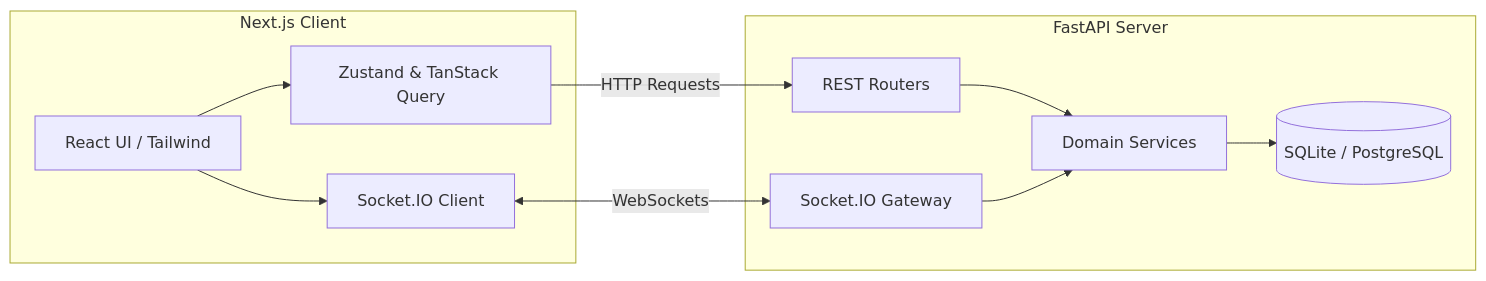
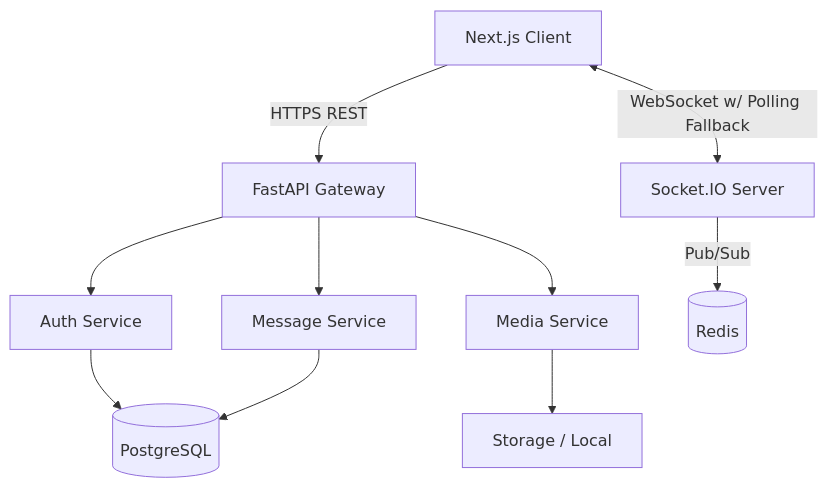
One commit to kritika038/signal-clone changed the first of 2 diagrams in README.md. Above: the diagram before and after it, drawn with Mermaid. The commit also changed other lines of this file and 5 other files, not shown here.

````diff
--- a/README.md
+++ b/README.md
@@ -29,24 +137,15 @@
 ```mermaid
-graph LR
-    subgraph Frontend [Next.js Client]
-        UI[React UI / Tailwind]
-        State[Zustand & TanStack Query]
-        SocketClient[Socket.IO Client]
-        UI --> State
-        UI --> SocketClient
-    end
-
-    subgraph Backend [FastAPI Server]
-        API[REST Routers]
-        Services[Domain Services]
-        SocketServer[Socket.IO Gateway]
-        DB[(SQLite / PostgreSQL)]
-        
-        API --> Services
-        SocketServer --> Services
-        Services --> DB
-    end
+graph TD
+    Client[Next.js Client] -->|HTTPS REST| API[FastAPI Gateway]
+    Client <-->|WebSocket w/ Polling Fallback| SocketIO[Socket.IO Server]
     
-    State -->|HTTP Requests| API
-    SocketClient <-->|WebSockets| SocketServer
+    API --> Auth[Auth Service]
+    API --> Msg[Message Service]
+    API --> Media[Media Service]
+    
+    SocketIO -->|Pub/Sub| Redis[(Redis)]
+    
+    Auth --> DB[(PostgreSQL)]
+    Msg --> DB
+    Media --> S3[Storage / Local]
 ```
````
